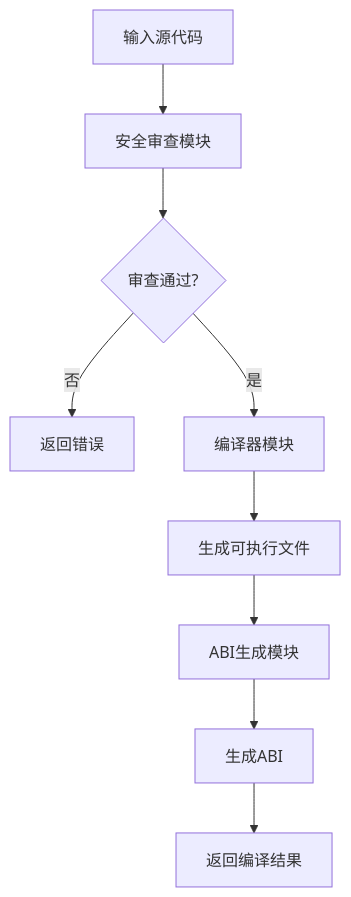
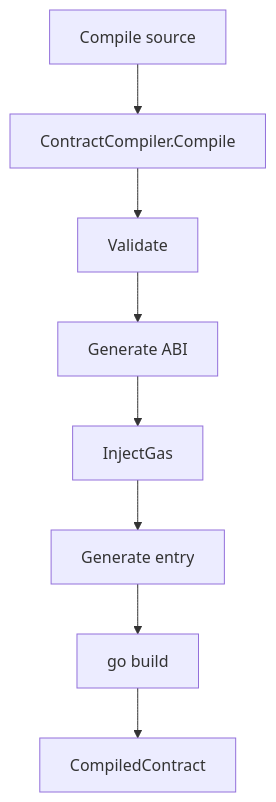
One commit to lengzhao/vm changed the first of 2 diagrams in docs/detailed_design/vm_engine_detailed_design.md. Above: the diagram before and after it, drawn with Mermaid. The commit also changed other lines of this file and 27 other files, not shown here.

````diff
--- a/docs/detailed_design/vm_engine_detailed_design.md
+++ b/docs/detailed_design/vm_engine_detailed_design.md
@@ -100,11 +24,10 @@
 ```mermaid
-graph TD
-A[输入源代码] --> B[安全审查模块]
-B --> C{审查通过?}
-C --> |否| D[返回错误]
-C --> |是| E[编译器模块]
-E --> F[生成可执行文件]
-F --> G[ABI生成模块]
-G --> H[生成ABI]
-H --> I[返回编译结果]
+flowchart TD
+    A[Compile source] --> B[ContractCompiler.Compile]
+    B --> C[Validate]
+    C --> D[Generate ABI]
+    D --> E[InjectGas]
+    E --> F[Generate entry]
+    F --> G[go build]
+    G --> H[CompiledContract]
 ```
````
